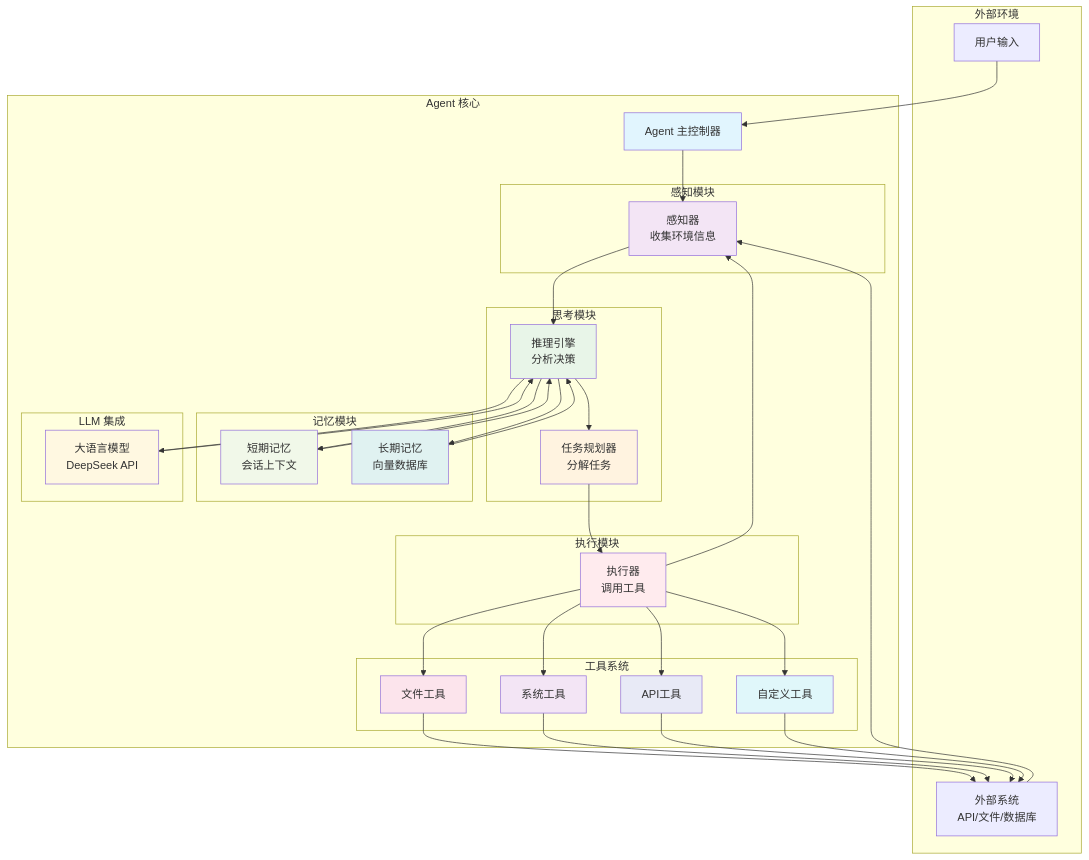
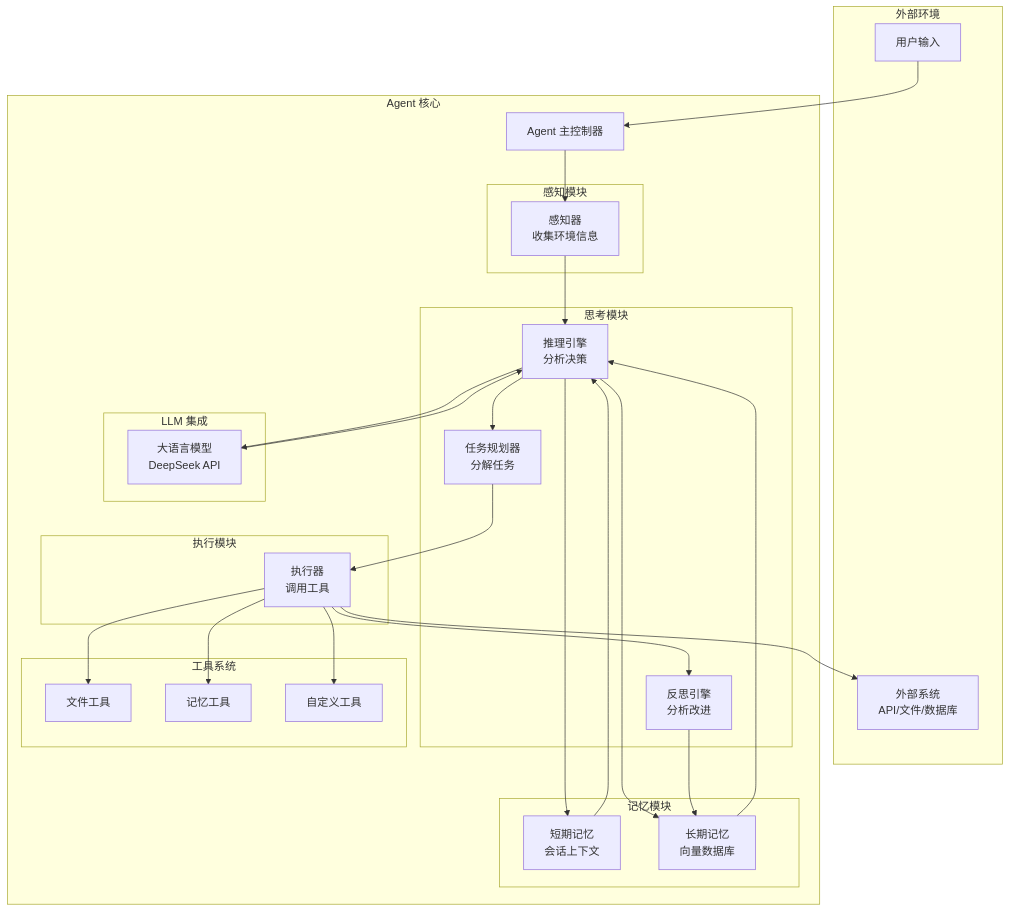
Before and after one commit to Lykr/agent: the diagram in README.md, drawn with Mermaid. The commit also changed other lines of this file and 11 other files, not shown here.

````diff
--- a/README.md
+++ b/README.md
@@ -189,6 +162,7 @@
         subgraph "思考模块"
             Reason[推理引擎<br/>分析决策]
             Plan[任务规划器<br/>分解任务]
+            Reflect[反思引擎<br/>分析改进]
         end
 
         subgraph "执行模块"
@@ -206,53 +180,26 @@
 
         subgraph "工具系统"
             FileTools[文件工具]
-            SysTools[系统工具]
-            APITools[API工具]
+            MemTools[记忆工具]
             CustomTools[自定义工具]
         end
     end
 
-    %% 数据流向
     User --> Agent
     Agent --> Perceive
     Perceive --> Reason
     Reason --> Plan
     Plan --> Execute
     Execute --> FileTools
-    Execute --> SysTools
-    Execute --> APITools
+    Execute --> MemTools
     Execute --> CustomTools
-
-    %% 记忆交互
     Reason --> ShortMem
     Reason --> LongMem
     ShortMem --> Reason
     LongMem --> Reason
-
-    %% LLM 交互
     Reason --> LLM
     LLM --> Reason
-
-    %% 环境交互
-    FileTools --> Env
-    SysTools --> Env
-    APITools --> Env
-    CustomTools --> Env
-
-    %% 反馈循环
-    Execute --> Perceive
-    Env --> Perceive
-
-    style Agent fill:#e1f5fe
-    style Perceive fill:#f3e5f5
-    style Reason fill:#e8f5e8
-    style Plan fill:#fff3e0
-    style Execute fill:#ffebee
-    style ShortMem fill:#f1f8e9
-    style LongMem fill:#e0f2f1
-    style LLM fill:#fff8e1
-    style FileTools fill:#fce4ec
-    style SysTools fill:#f3e5f5
-    style APITools fill:#e8eaf6
-    style CustomTools fill:#e0f7fa
+    Execute --> Env
+    Execute --> Reflect
+    Reflect --> LongMem
 ```
````
